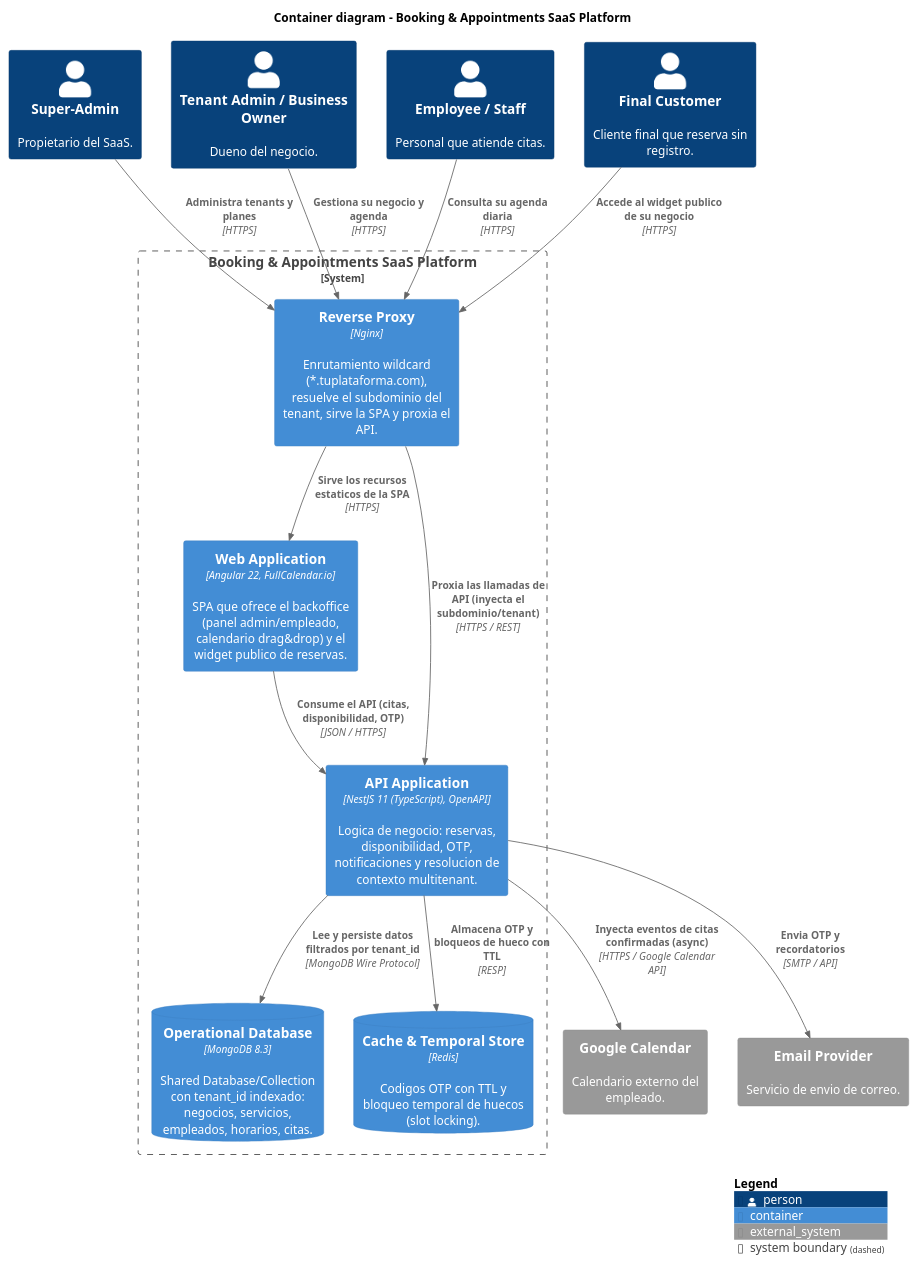
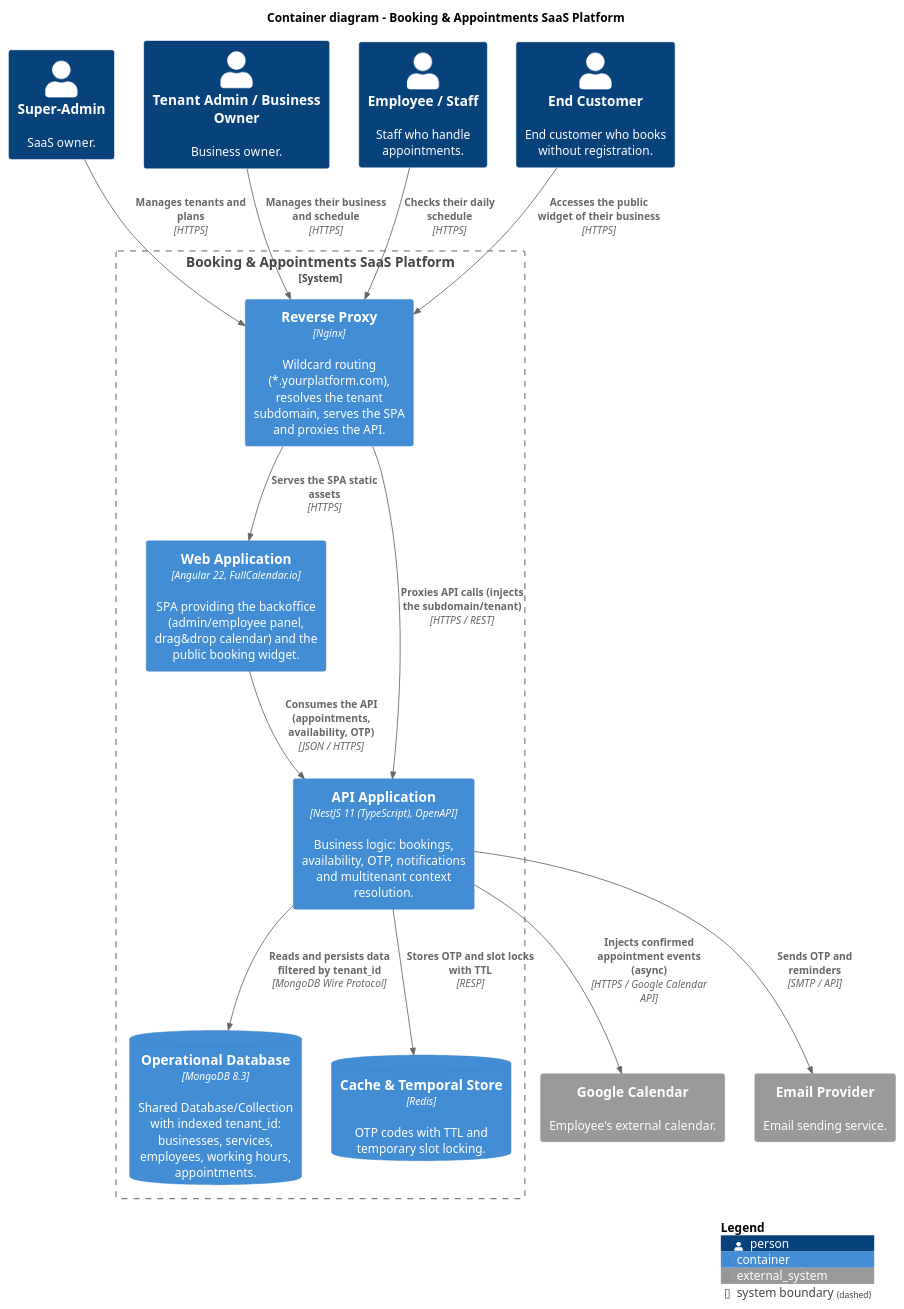
Before and after one commit to jose-korvusinc/finalproject-lidr-i4devs: the diagram in system_architecture/design_view/c2_containers.puml, drawn with PlantUML. The commit also changed 25 other files, not shown here.

Commit message:
Translate names and add analysis class diagram

```diff
--- a/system_architecture/design_view/c2_containers.puml
+++ b/system_architecture/design_view/c2_containers.puml
@@ -1,42 +1,42 @@
 @startuml c2_containers
 ' =====================================================================
 ' C4 Model - Level 2: Containers
-' Unidades desplegables de la plataforma y su comunicacion.
-' Stack del PRD: Angular 22, NestJS 11, MongoDB 8.3, Redis, Nginx.
+' Deployable units of the platform and their communication.
+' PRD stack: Angular 22, NestJS 11, MongoDB 8.3, Redis, Nginx.
 ' =====================================================================
 !include https://raw.githubusercontent.com/plantuml-stdlib/C4-PlantUML/master/C4_Container.puml
 
 title Container diagram - Booking & Appointments SaaS Platform
 
-Person(superAdmin, "Super-Admin", "Propietario del SaaS.")
-Person(tenantAdmin, "Tenant Admin / Business Owner", "Dueno del negocio.")
-Person(employee, "Employee / Staff", "Personal que atiende citas.")
-Person(customer, "Final Customer", "Cliente final que reserva sin registro.")
+Person(superAdmin, "Super-Admin", "SaaS owner.")
+Person(tenantAdmin, "Tenant Admin / Business Owner", "Business owner.")
+Person(employee, "Employee / Staff", "Staff who handle appointments.")
+Person(customer, "End Customer", "End customer who books without registration.")
 
-System_Ext(googleCalendar, "Google Calendar", "Calendario externo del empleado.")
-System_Ext(emailProvider, "Email Provider", "Servicio de envio de correo.")
+System_Ext(googleCalendar, "Google Calendar", "Employee's external calendar.")
+System_Ext(emailProvider, "Email Provider", "Email sending service.")
 
 System_Boundary(platform, "Booking & Appointments SaaS Platform") {
-    Container(reverseProxy, "Reverse Proxy", "Nginx", "Enrutamiento wildcard (*.tuplataforma.com), resuelve el subdominio del tenant, sirve la SPA y proxia el API.")
-    Container(webApp, "Web Application", "Angular 22, FullCalendar.io", "SPA que ofrece el backoffice (panel admin/empleado, calendario drag&drop) y el widget publico de reservas.")
-    Container(api, "API Application", "NestJS 11 (TypeScript), OpenAPI", "Logica de negocio: reservas, disponibilidad, OTP, notificaciones y resolucion de contexto multitenant.")
-    ContainerDb(mongo, "Operational Database", "MongoDB 8.3", "Shared Database/Collection con tenant_id indexado: negocios, servicios, empleados, horarios, citas.")
-    ContainerDb(redis, "Cache & Temporal Store", "Redis", "Codigos OTP con TTL y bloqueo temporal de huecos (slot locking).")
+    Container(reverseProxy, "Reverse Proxy", "Nginx", "Wildcard routing (*.yourplatform.com), resolves the tenant subdomain, serves the SPA and proxies the API.")
+    Container(webApp, "Web Application", "Angular 22, FullCalendar.io", "SPA providing the backoffice (admin/employee panel, drag&drop calendar) and the public booking widget.")
+    Container(api, "API Application", "NestJS 11 (TypeScript), OpenAPI", "Business logic: bookings, availability, OTP, notifications and multitenant context resolution.")
+    ContainerDb(mongo, "Operational Database", "MongoDB 8.3", "Shared Database/Collection with indexed tenant_id: businesses, services, employees, working hours, appointments.")
+    ContainerDb(redis, "Cache & Temporal Store", "Redis", "OTP codes with TTL and temporary slot locking.")
 }
 
-Rel(customer, reverseProxy, "Accede al widget publico de su negocio", "HTTPS")
-Rel(tenantAdmin, reverseProxy, "Gestiona su negocio y agenda", "HTTPS")
-Rel(employee, reverseProxy, "Consulta su agenda diaria", "HTTPS")
-Rel(superAdmin, reverseProxy, "Administra tenants y planes", "HTTPS")
+Rel(customer, reverseProxy, "Accesses the public widget of their business", "HTTPS")
+Rel(tenantAdmin, reverseProxy, "Manages their business and schedule", "HTTPS")
+Rel(employee, reverseProxy, "Checks their daily schedule", "HTTPS")
+Rel(superAdmin, reverseProxy, "Manages tenants and plans", "HTTPS")
 
-Rel(reverseProxy, webApp, "Sirve los recursos estaticos de la SPA", "HTTPS")
-Rel(reverseProxy, api, "Proxia las llamadas de API (inyecta el subdominio/tenant)", "HTTPS / REST")
-Rel(webApp, api, "Consume el API (citas, disponibilidad, OTP)", "JSON / HTTPS")
+Rel(reverseProxy, webApp, "Serves the SPA static assets", "HTTPS")
+Rel(reverseProxy, api, "Proxies API calls (injects the subdomain/tenant)", "HTTPS / REST")
+Rel(webApp, api, "Consumes the API (appointments, availability, OTP)", "JSON / HTTPS")
 
-Rel(api, mongo, "Lee y persiste datos filtrados por tenant_id", "MongoDB Wire Protocol")
-Rel(api, redis, "Almacena OTP y bloqueos de hueco con TTL", "RESP")
-Rel(api, googleCalendar, "Inyecta eventos de citas confirmadas (async)", "HTTPS / Google Calendar API")
-Rel(api, emailProvider, "Envia OTP y recordatorios", "SMTP / API")
+Rel(api, mongo, "Reads and persists data filtered by tenant_id", "MongoDB Wire Protocol")
+Rel(api, redis, "Stores OTP and slot locks with TTL", "RESP")
+Rel(api, googleCalendar, "Injects confirmed appointment events (async)", "HTTPS / Google Calendar API")
+Rel(api, emailProvider, "Sends OTP and reminders", "SMTP / API")
 
 SHOW_LEGEND()
 @enduml
```
